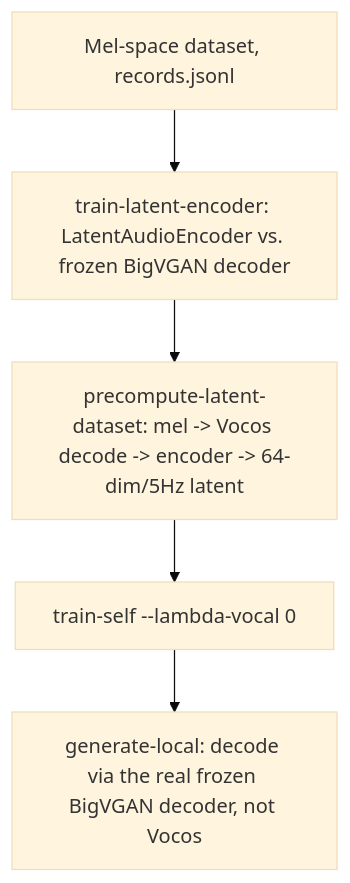
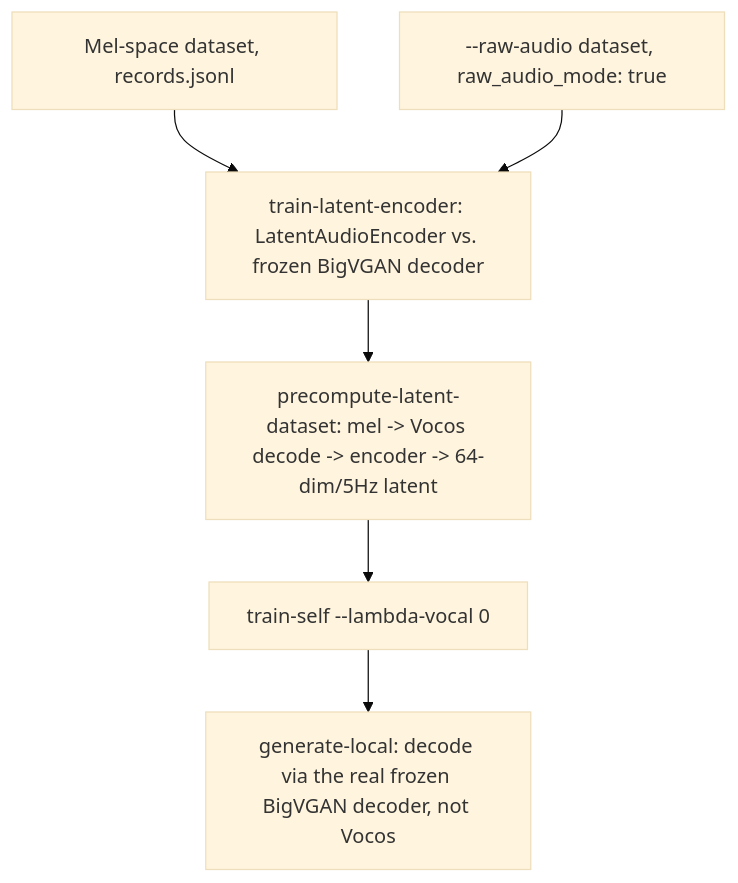
Before and after one commit to nhuy5602/GenMusic: the second of 2 diagrams in docs/architecture.md, drawn with Mermaid (base theme). The commit also changed other lines of this file and 13 other files, not shown here.

First line of the commit message:
feat: raw-audio train-latent-encoder (no Vocos, multi-dataset), VRAM logging

````diff
--- a/docs/architecture.md
+++ b/docs/architecture.md
@@ -37,7 +37,8 @@
 ```mermaid
 flowchart TD
     F2[Mel-space dataset, records.jsonl] --> N[train-latent-encoder: LatentAudioEncoder vs. frozen BigVGAN decoder]
+    F3[--raw-audio dataset, raw_audio_mode: true] --> N
     N --> O[precompute-latent-dataset: mel -> Vocos decode -> encoder -> 64-dim/5Hz latent]
     O --> P[train-self --lambda-vocal 0]
     P --> Q[generate-local: decode via the real frozen BigVGAN decoder, not Vocos]
 ```
````
